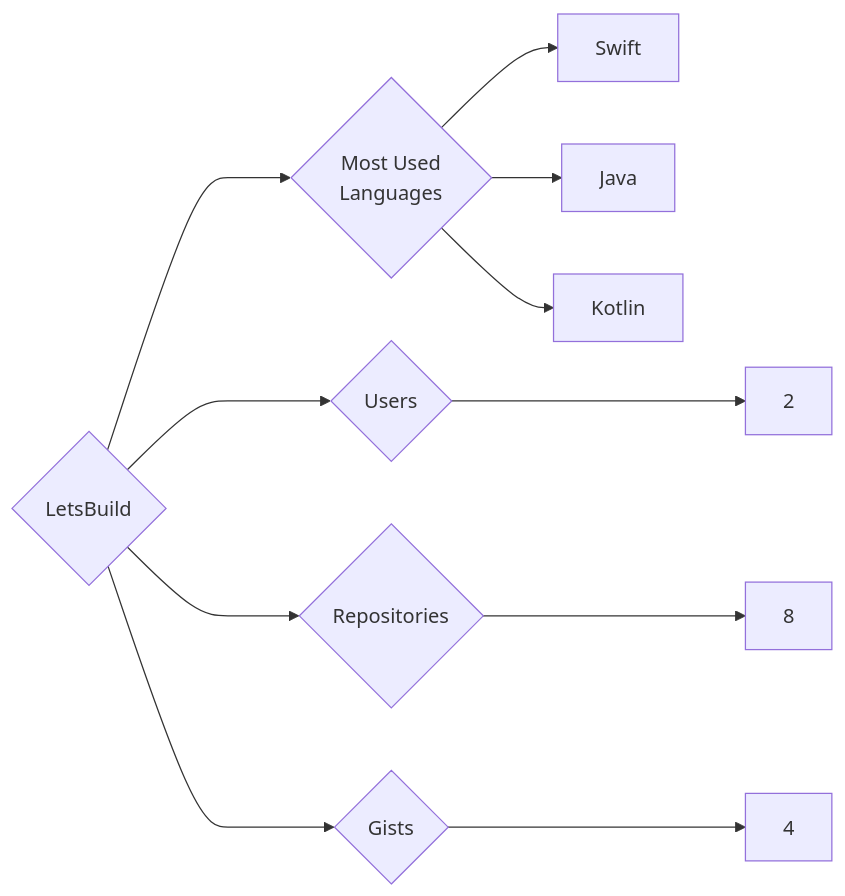
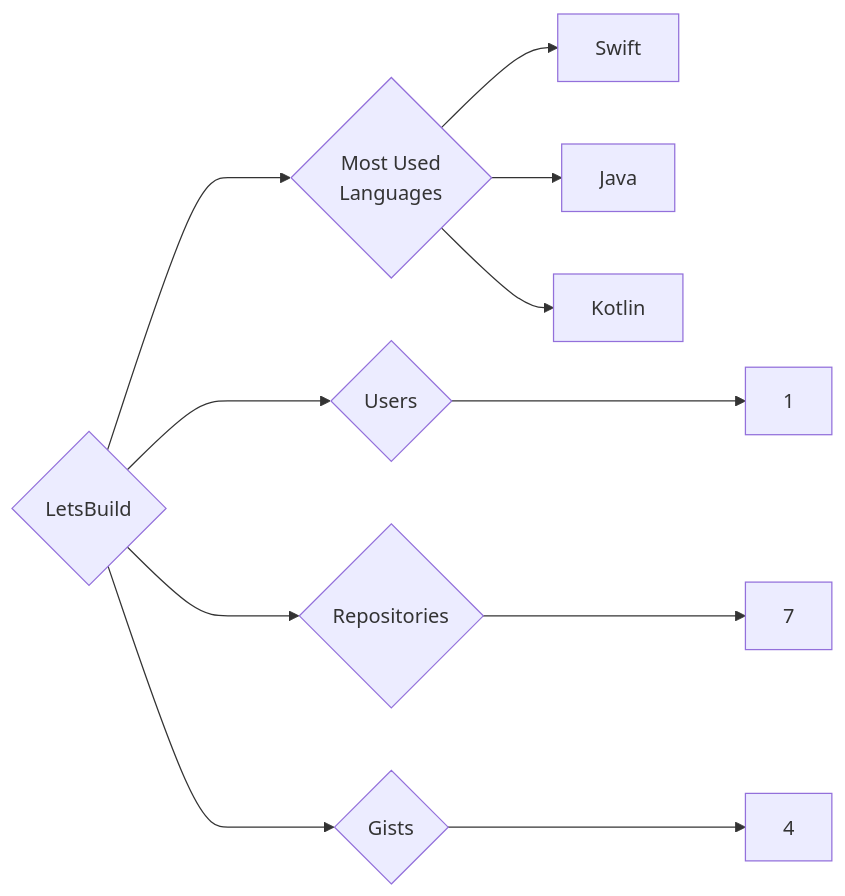
One commit to trickest/insiders changed the diagram in targets/LetsBuild/README.md. Above: the diagram before and after it, drawn with Mermaid. The commit also changed 749 other files, not shown here.

````diff
--- a/targets/LetsBuild/README.md
+++ b/targets/LetsBuild/README.md
@@ -3,11 +3,11 @@
 ```mermaid
 graph LR
 COMPANY_NAME{LetsBuild}
-COMPANY_NAME ---> U{Users} ---> UN[2]
-COMPANY_NAME ---> R{Repositories} ---> RN[8]
+COMPANY_NAME ---> U{Users} ---> UN[1]
+COMPANY_NAME ---> R{Repositories} ---> RN[7]
 COMPANY_NAME ---> G{Gists} ---> GN[4]
 COMPANY_NAME ---> ML{Most Used<br>Languages}
 ML --> Swift[Swift]
 ML --> Java[Java]
 ML --> Kotlin[Kotlin]
 ```
````
